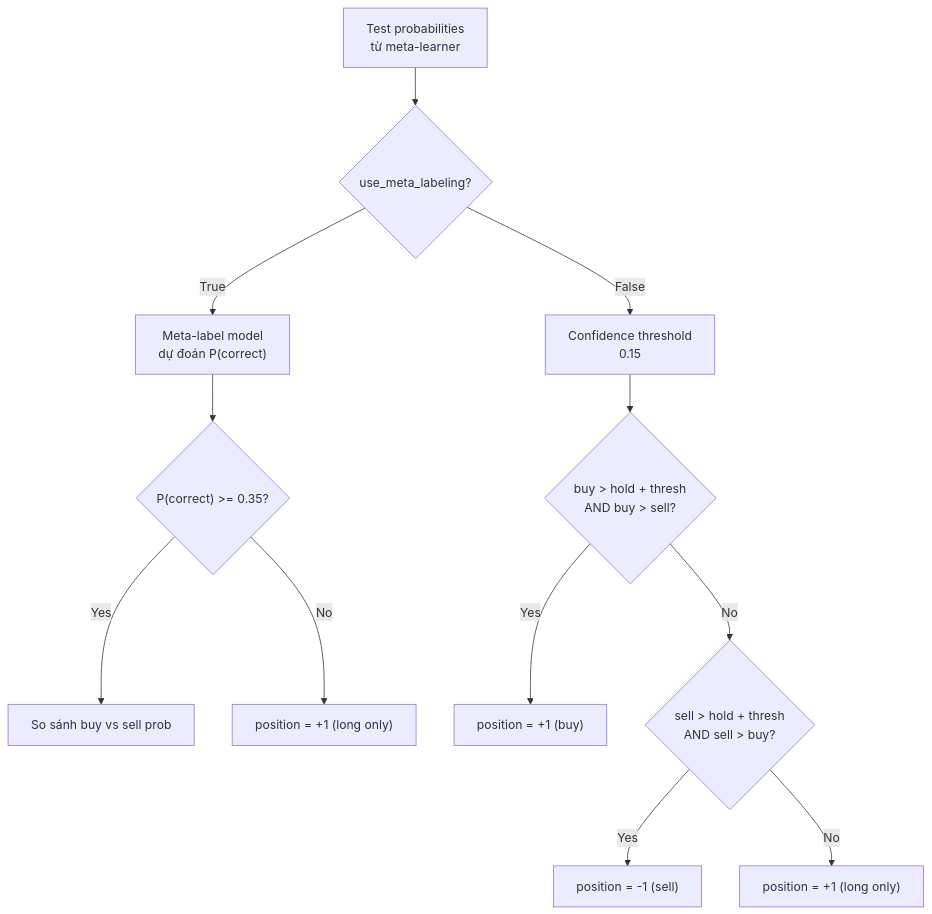
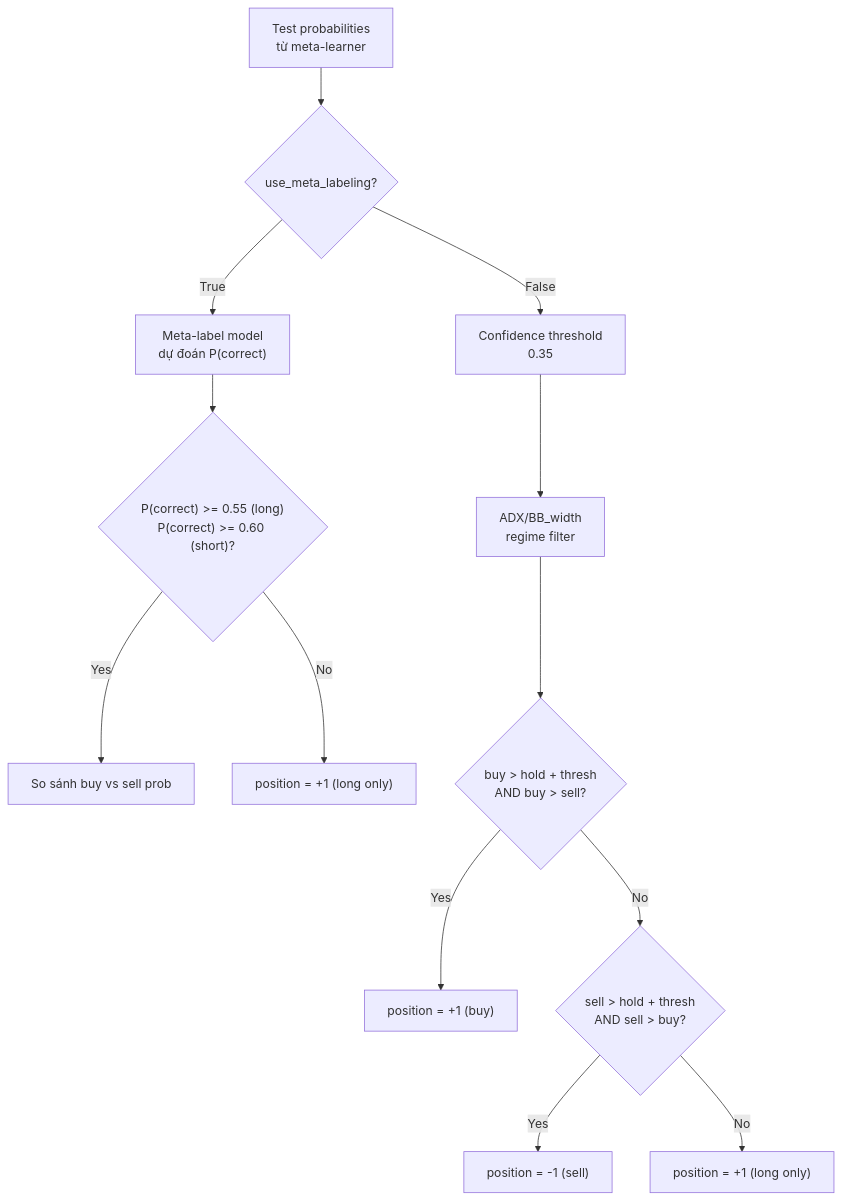
The fifth of 6 diagrams in docs/model-training.md (ultimateBroK/thesis-compact), drawn with Mermaid before and after one commit. The commit also changed other lines of this file and 7 other files, not shown here.

````diff
--- a/docs/model-training.md
+++ b/docs/model-training.md
@@ -169,14 +169,15 @@
 ```mermaid
 flowchart TD
     A["Test probabilities<br/>từ meta-learner"] --> B{"use_meta_labeling?"}
     B -->|"True"| C["Meta-label model<br/>dự đoán P(correct)"]
-    B -->|"False"| D["Confidence threshold<br/>0.15"]
-    C --> E{"P(correct) >= 0.35?"}
+    B -->|"False"| D["Confidence threshold<br/>0.35"]
+    C --> E{"P(correct) >= 0.55 (long)<br/>P(correct) >= 0.60 (short)?"}
     E -->|"Yes"| F["So sánh buy vs sell prob"]
     E -->|"No"| G["position = +1 (long only)"]
-    D --> H{"buy > hold + thresh<br/>AND buy > sell?"}
+    D --> R["ADX/BB_width<br/>regime filter"]
+    R --> H{"buy > hold + thresh<br/>AND buy > sell?"}
     H -->|"Yes"| I["position = +1 (buy)"]
     H -->|"No"| J{"sell > hold + thresh<br/>AND sell > buy?"}
     J -->|"Yes"| K["position = -1 (sell)"]
     J -->|"No"| L["position = +1 (long only)"]
 ```
````
